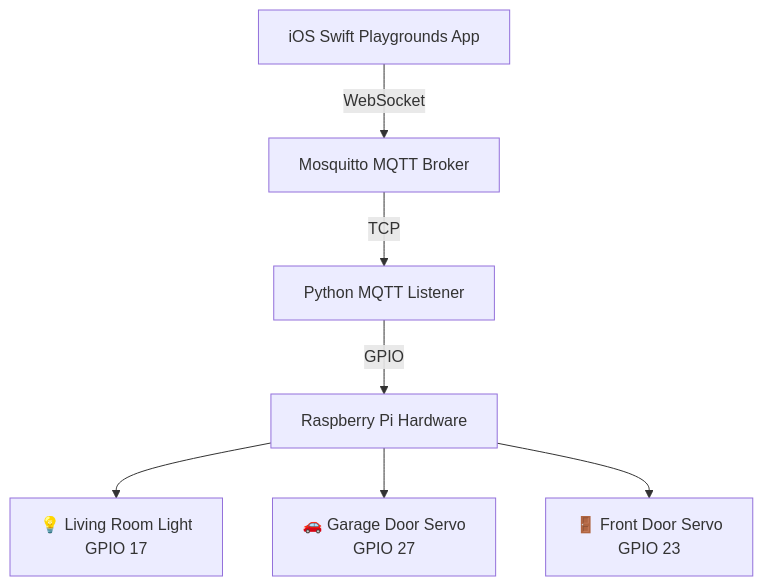
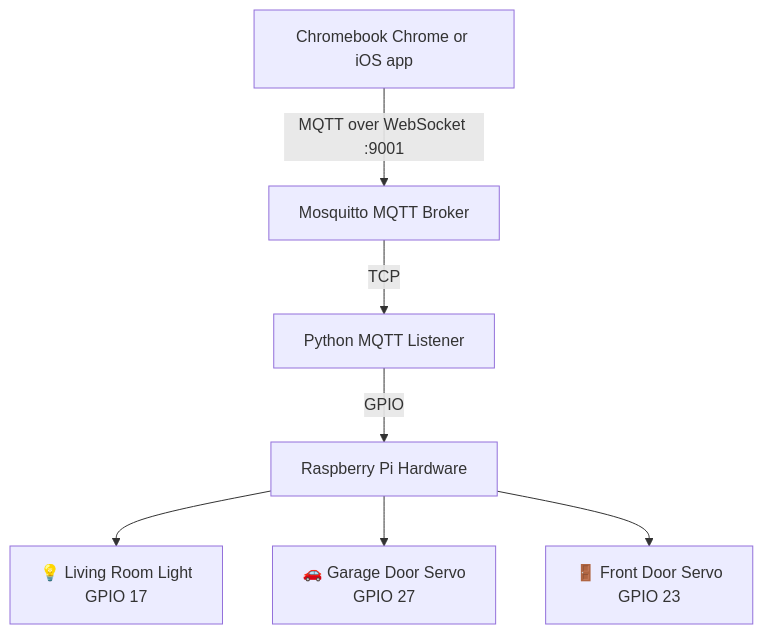
The diagram in README.md (RocketMonkey614/simpsons-house), drawn with Mermaid before and after one commit. The commit also changed other lines of this file, not shown here.

````diff
--- a/README.md
+++ b/README.md
@@ -49,10 +49,10 @@
 ```mermaid
 graph TD
-    A[iOS Swift Playgrounds App] -->|WebSocket| B[Mosquitto MQTT Broker]
+    A[Chromebook Chrome or iOS app] -->|MQTT over WebSocket :9001| B[Mosquitto MQTT Broker]
     B -->|TCP| C[Python MQTT Listener]
     C -->|GPIO| D[Raspberry Pi Hardware]
     
     D --> E[💡 Living Room Light<br/>GPIO 17]
     D --> F[🚗 Garage Door Servo<br/>GPIO 27]
     D --> G[🚪 Front Door Servo<br/>GPIO 23]
 ```
````
